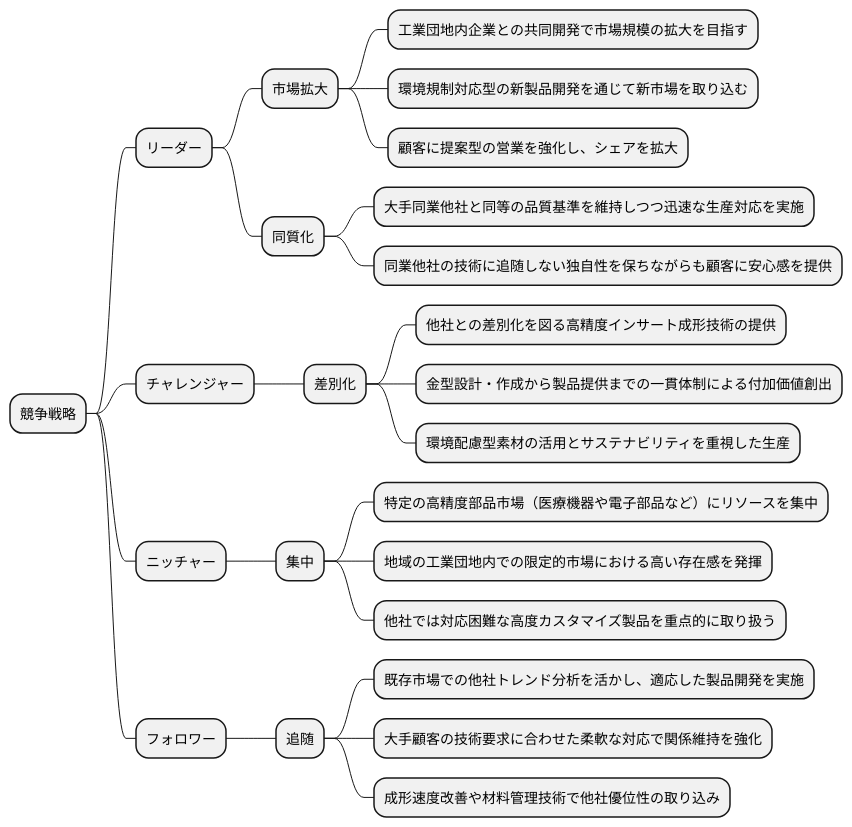
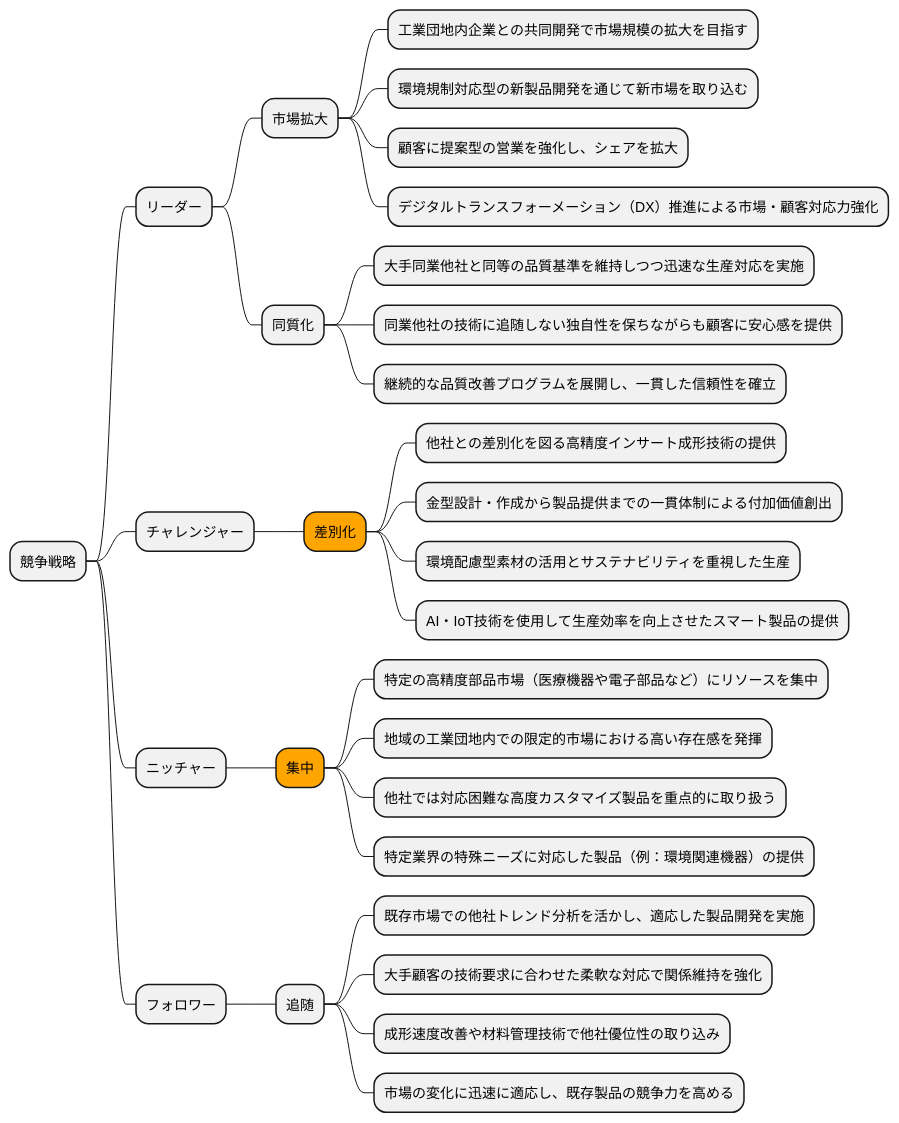
Before and after one commit to k2works/case-study-business-analysis: the ninth of 19 diagrams in docs/case/h30_case_3.adoc, drawn with PlantUML. The commit also changed other lines of this file, not shown here.

```diff
--- a/docs/case/h30_case_3.adoc
+++ b/docs/case/h30_case_3.adoc
@@ -300,31 +393,36 @@
 [plantuml]
 ----
 @startmindmap
 
 * 競争戦略
 ** リーダー
 *** 市場拡大
 **** 工業団地内企業との共同開発で市場規模の拡大を目指す
 **** 環境規制対応型の新製品開発を通じて新市場を取り込む
 **** 顧客に提案型の営業を強化し、シェアを拡大
+**** デジタルトランスフォーメーション（DX）推進による市場・顧客対応力強化
 *** 同質化
 **** 大手同業他社と同等の品質基準を維持しつつ迅速な生産対応を実施
 **** 同業他社の技術に追随しない独自性を保ちながらも顧客に安心感を提供
+**** 継続的な品質改善プログラムを展開し、一貫した信頼性を確立
 ** チャレンジャー
-*** 差別化
+***[#orange] 差別化
 **** 他社との差別化を図る高精度インサート成形技術の提供
 **** 金型設計・作成から製品提供までの一貫体制による付加価値創出
 **** 環境配慮型素材の活用とサステナビリティを重視した生産
+**** AI・IoT技術を使用して生産効率を向上させたスマート製品の提供
 ** ニッチャー
-*** 集中
+***[#orange] 集中
 **** 特定の高精度部品市場（医療機器や電子部品など）にリソースを集中
 **** 地域の工業団地内での限定的市場における高い存在感を発揮
 **** 他社では対応困難な高度カスタマイズ製品を重点的に取り扱う
+**** 特定業界の特殊ニーズに対応した製品（例：環境関連機器）の提供
 ** フォロワー
 *** 追随
 **** 既存市場での他社トレンド分析を活かし、適応した製品開発を実施
 **** 大手顧客の技術要求に合わせた柔軟な対応で関係維持を強化
 **** 成形速度改善や材料管理技術で他社優位性の取り込み
+**** 市場の変化に迅速に適応し、既存製品の競争力を高める
 
 @endmindmap
 ----
```
